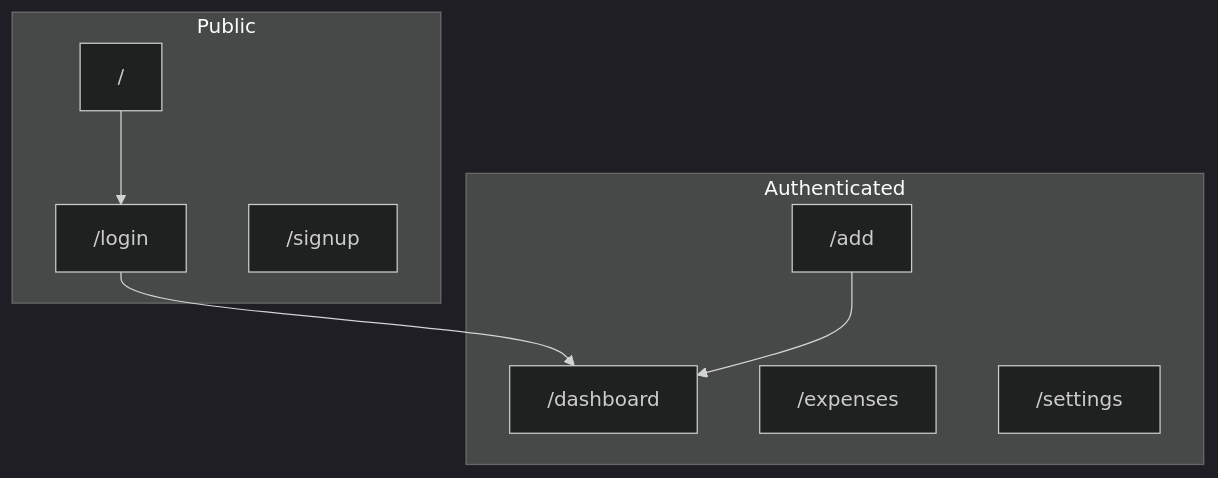
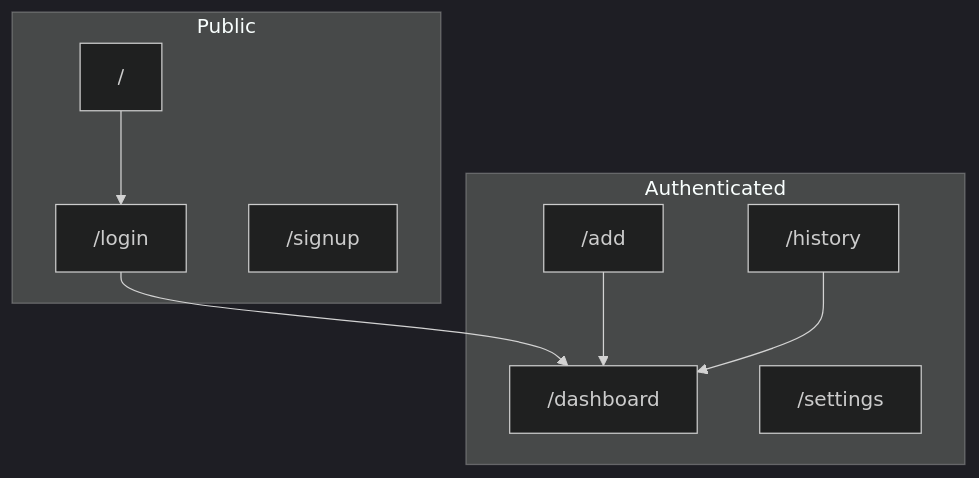
Before and after one commit to MushfiqMoon/PoysaPath: the first of 4 diagrams in docs/planning-design.md, drawn with Mermaid (dark theme). The commit also changed other lines of this file and 86 other files, not shown here.

````diff
--- a/docs/planning-design.md
+++ b/docs/planning-design.md
@@ -32,17 +65,35 @@
 ```mermaid
+
 flowchart TB
+
     subgraph public [Public]
+
         landing["/"]
+
         login["/login"]
+
         signup["/signup"]
+
     end
+
     subgraph app [Authenticated]
+
         dashboard["/dashboard"]
+
+        history["/history"]
+
         add["/add"]
-        expenses["/expenses"]
+
         settings["/settings"]
+
     end
+
     landing --> login
+
     login --> dashboard
+
     add --> dashboard
+
+    history --> dashboard
+
 ```
````
